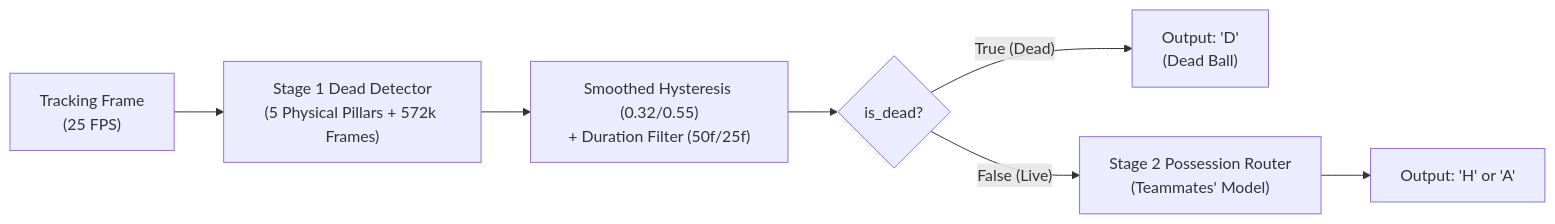
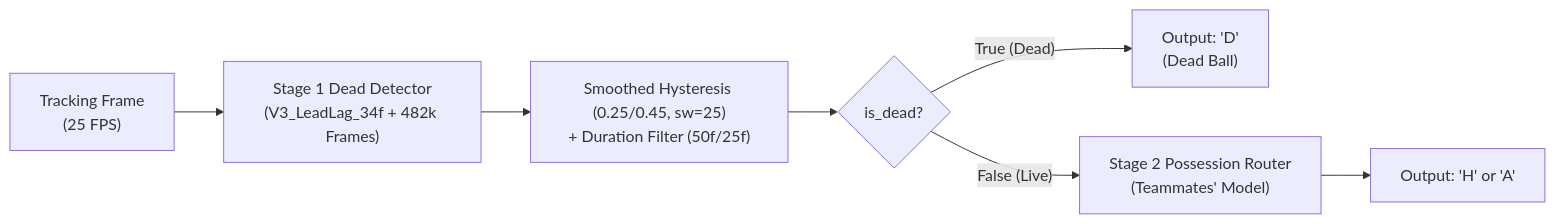
One commit to ZesterJ/more-than-a-hack-2027 changed the diagram in starter/stage1_dead_detector/README.md. Above: the diagram before and after it, drawn with Mermaid. The commit also changed other lines of this file and 10 other files, not shown here.

Commit message:
feat(stage1): upgrade dead detector to V3_LeadLag_34f + hyst_0.25_0.45_sw25 via external LOMO ablation

````diff
--- a/starter/stage1_dead_detector/README.md
+++ b/starter/stage1_dead_detector/README.md
@@ -12,9 +12,9 @@
 ```mermaid
 flowchart LR
-    A["Tracking Frame<br/>(25 FPS)"] --> B["Stage 1 Dead Detector<br/>(5 Physical Pillars + 572k Frames)"]
-    B --> C["Smoothed Hysteresis (0.32/0.55)<br/>+ Duration Filter (50f/25f)"]
+    A["Tracking Frame<br/>(25 FPS)"] --> B["Stage 1 Dead Detector<br/>(V3_LeadLag_34f + 482k Frames)"]
+    B --> C["Smoothed Hysteresis (0.25/0.45, sw=25)<br/>+ Duration Filter (50f/25f)"]
     C --> D{"is_dead?"}
     D -- "True (Dead)" --> E["Output: 'D'<br/>(Dead Ball)"]
     D -- "False (Live)" --> F["Stage 2 Possession Router<br/>(Teammates' Model)"]
     F --> G["Output: 'H' or 'A'"]
 ```
````
